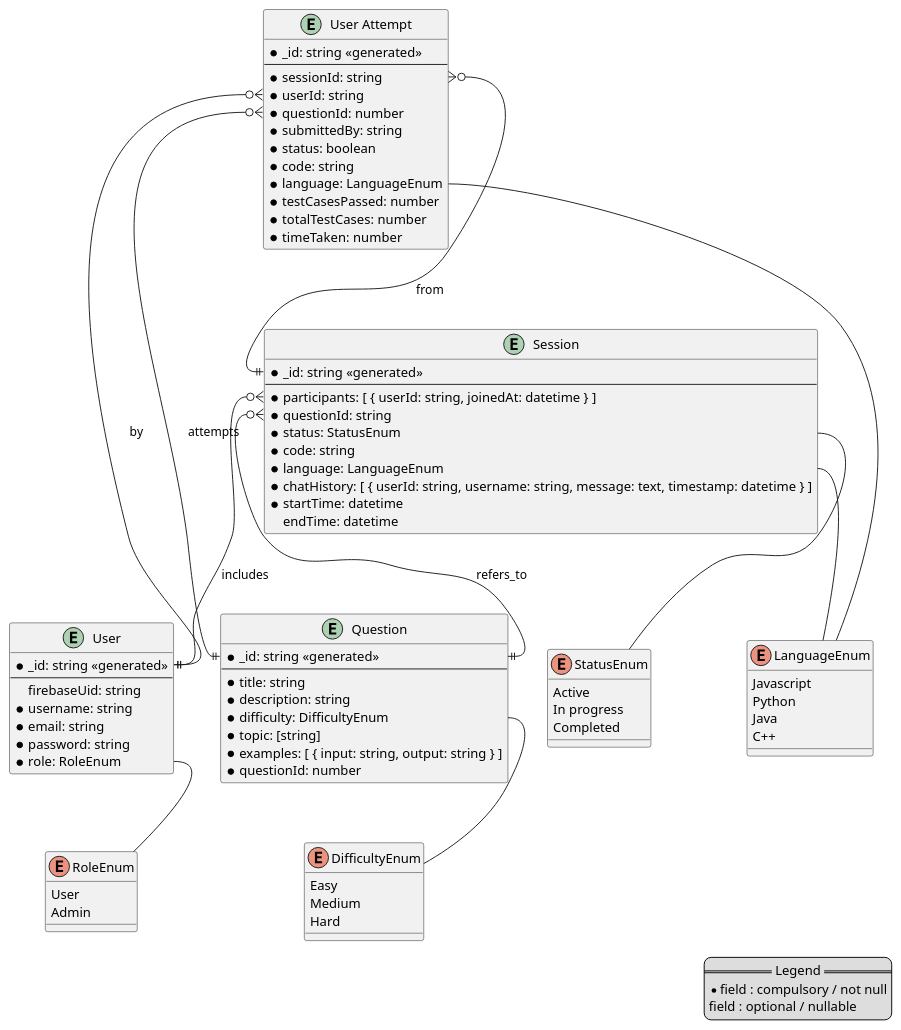
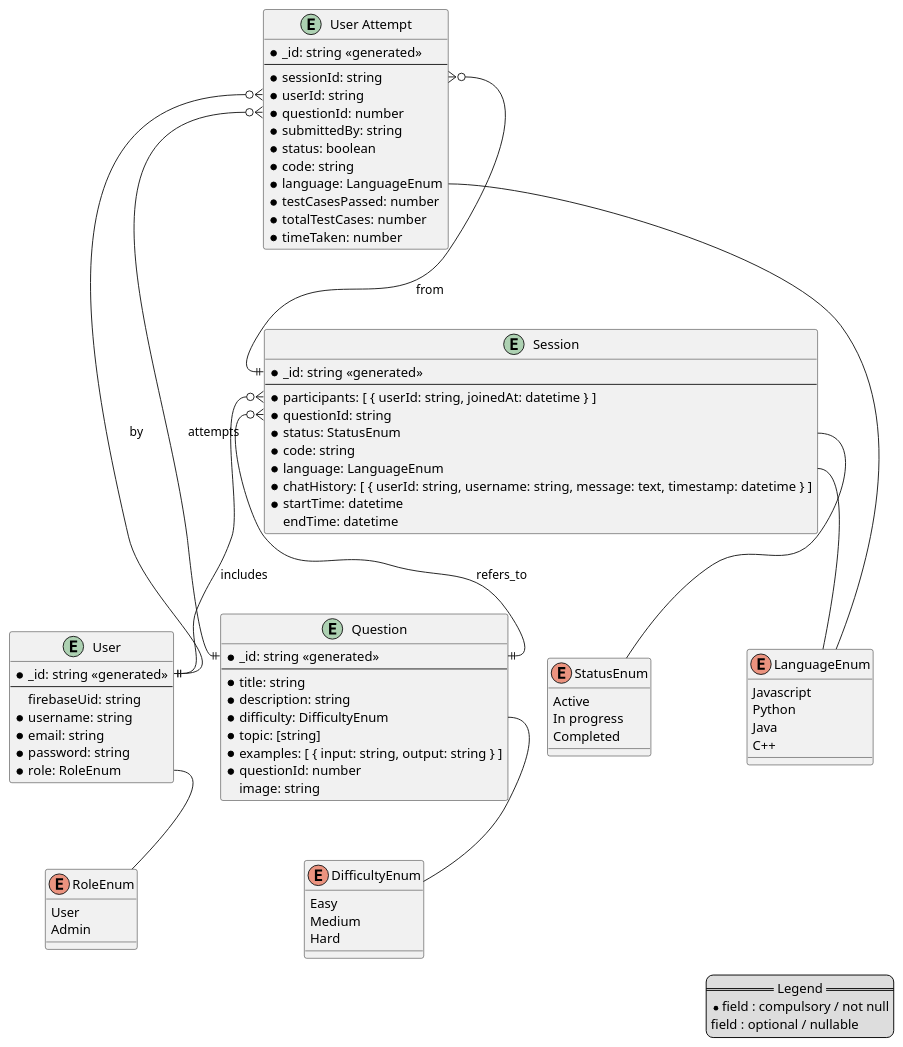
One commit to CS3219-AY2526Sem1/cs3219-ay2526s1-project-g14 changed the diagram in docs/entity-relationship-diagram.puml. Above: the diagram before and after it, drawn with PlantUML.

Commit message:
Update ERD

```diff
--- a/docs/entity-relationship-diagram.puml
+++ b/docs/entity-relationship-diagram.puml
@@ -1,108 +1,109 @@
 @startuml Database structure
 
 ' avoid problems with angled crows feet
 
 entity "User" as user {
     *_id: string <<generated>>
     --
     firebaseUid: string
     *username: string
     *email: string
     *password: string
     *role: RoleEnum
 }
 
 entity "Question" as question {
     *_id: string <<generated>>
     --
     *title: string
     *description: string
     *difficulty: DifficultyEnum
     *topic: [string]
     *examples: [ { input: string, output: string } ]
     *questionId: number
+    image: string
 }
 
 entity "Session" as session {
     *_id: string <<generated>>
     --
     *participants: [ { userId: string, joinedAt: datetime } ] 
     *questionId: string
     *status: StatusEnum
     *code: string
     *language: LanguageEnum
     *chatHistory: [ { userId: string, username: string, message: text, timestamp: datetime } ]
     *startTime: datetime
     endTime: datetime
 }
 
 entity "User Attempt" as userattempt {
     *_id: string <<generated>>
     --
     *sessionId: string 
     *userId: string
     *questionId: number
     *submittedBy: string
     *status: boolean
     *code: string
     *language: LanguageEnum
     *testCasesPassed: number
     *totalTestCases: number
     *timeTaken: number
 }
 
 ' Enums
 enum DifficultyEnum {
     Easy
     Medium
     Hard
 }
 
 enum StatusEnum {
     Active
     In progress
     Completed
 }
 
 enum LanguageEnum {
     Javascript
     Python 
     Java
     C++
 }
 
 enum RoleEnum {
     User
     Admin
 }
 
 ' === Relationships ===
 ' Session references a Question
 session::questionId }o--|| question::_id : refers_to
 
 ' Session participants reference Users (embedded array)
 session::participants }o--|| user::_id : includes
 
 ' UserAttempt links to User
 userattempt::userId }o--|| user::_id : by
 
 ' UserAttempt links to Question
 userattempt::questionId }o--|| question::_id : attempts
 
 ' UserAttempt links to Session
 userattempt::sessionId }o--|| session::_id : from
 
 ' === Enums relationships ===
 user::role -- RoleEnum
 question::difficulty -- DifficultyEnum
 session::status -- StatusEnum
 session::language -- LanguageEnum
 userattempt::language -- LanguageEnum
 
 legend right
     == Legend ==
     *field : compulsory / not null
     field : optional / nullable
 endlegend
 
 @enduml
```
